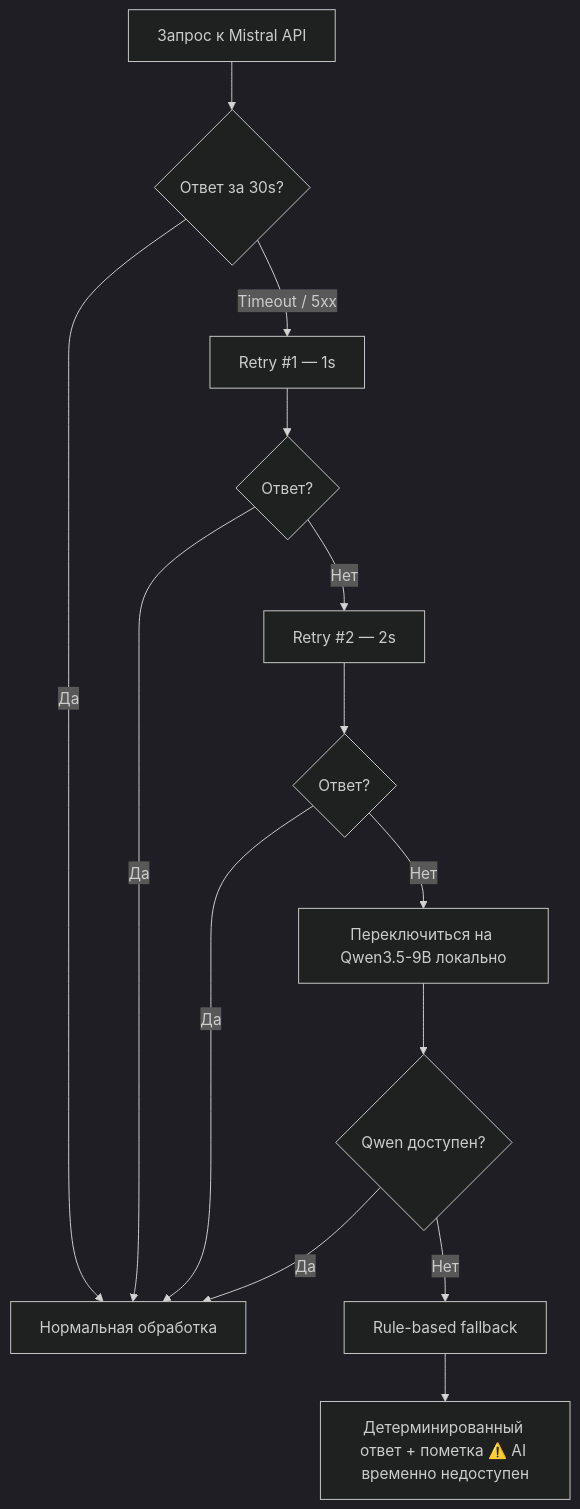
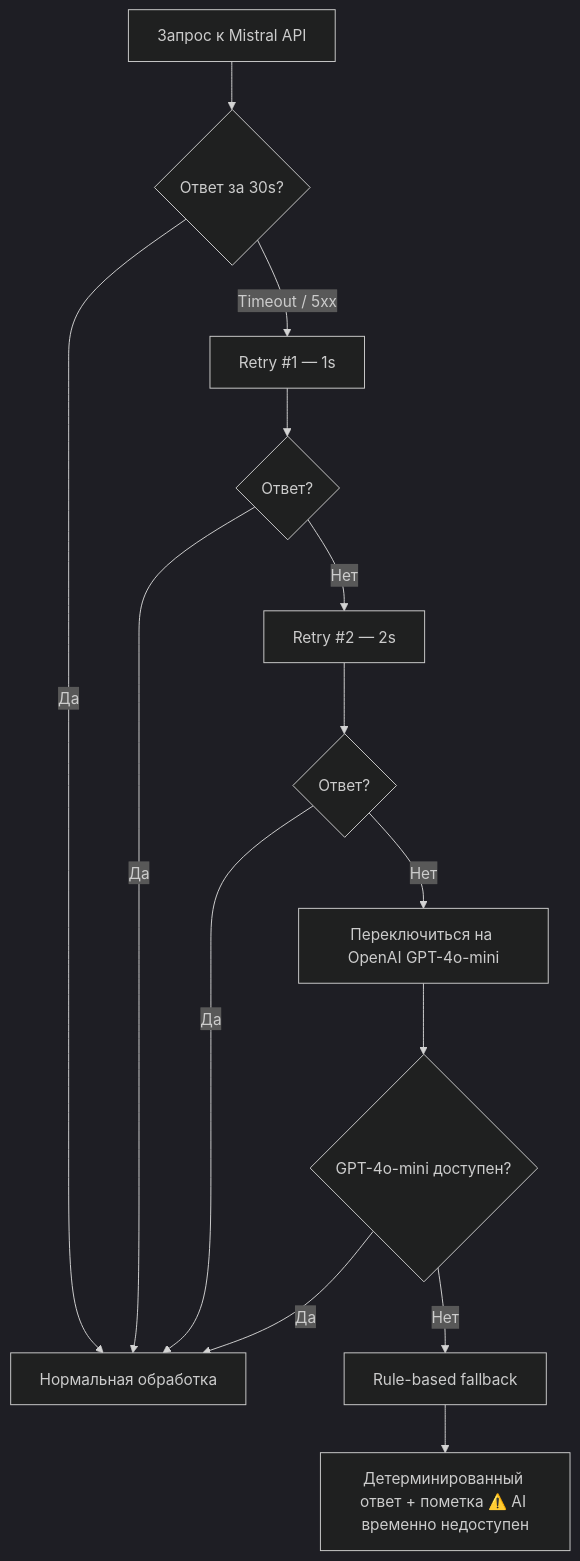
The second of 3 diagrams in docs/diagrams/workflow.md (lveltman/personal-finance-assistant), drawn with Mermaid (dark theme) before and after one commit. The commit also changed other lines of this file and 28 other files, not shown here.

````diff
--- a/docs/diagrams/workflow.md
+++ b/docs/diagrams/workflow.md
@@ -87,16 +87,16 @@
 ```mermaid
 flowchart TD
     A[Запрос к Mistral API] --> B{Ответ за 30s?}
     B -->|Да| C[Нормальная обработка]
     B -->|Timeout / 5xx| D[Retry #1 — 1s]
     D --> E{Ответ?}
     E -->|Да| C
     E -->|Нет| F[Retry #2 — 2s]
     F --> G{Ответ?}
     G -->|Да| C
-    G -->|Нет| H[Переключиться на Qwen3.5-9B локально]
-    H --> I{Qwen доступен?}
+    G -->|Нет| H[Переключиться на OpenAI GPT-4o-mini]
+    H --> I{GPT-4o-mini доступен?}
     I -->|Да| C
     I -->|Нет| J[Rule-based fallback]
     J --> K[Детерминированный ответ + пометка ⚠️ AI временно недоступен]
 ```
````
